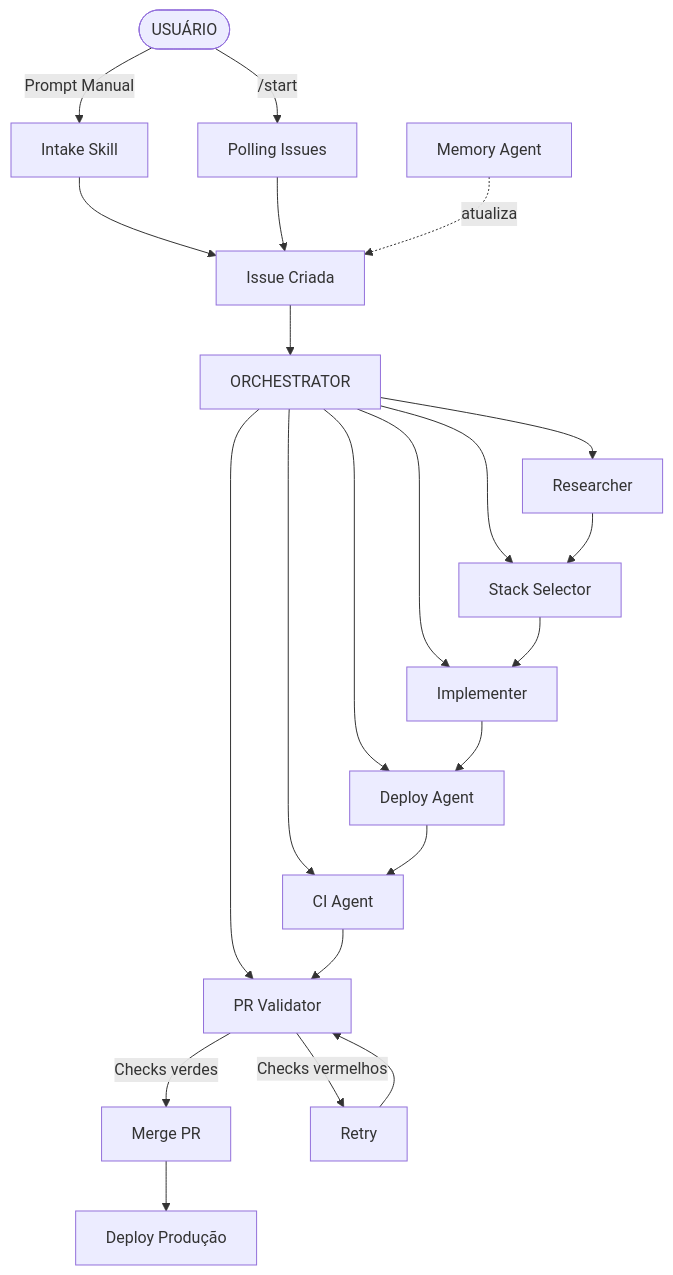
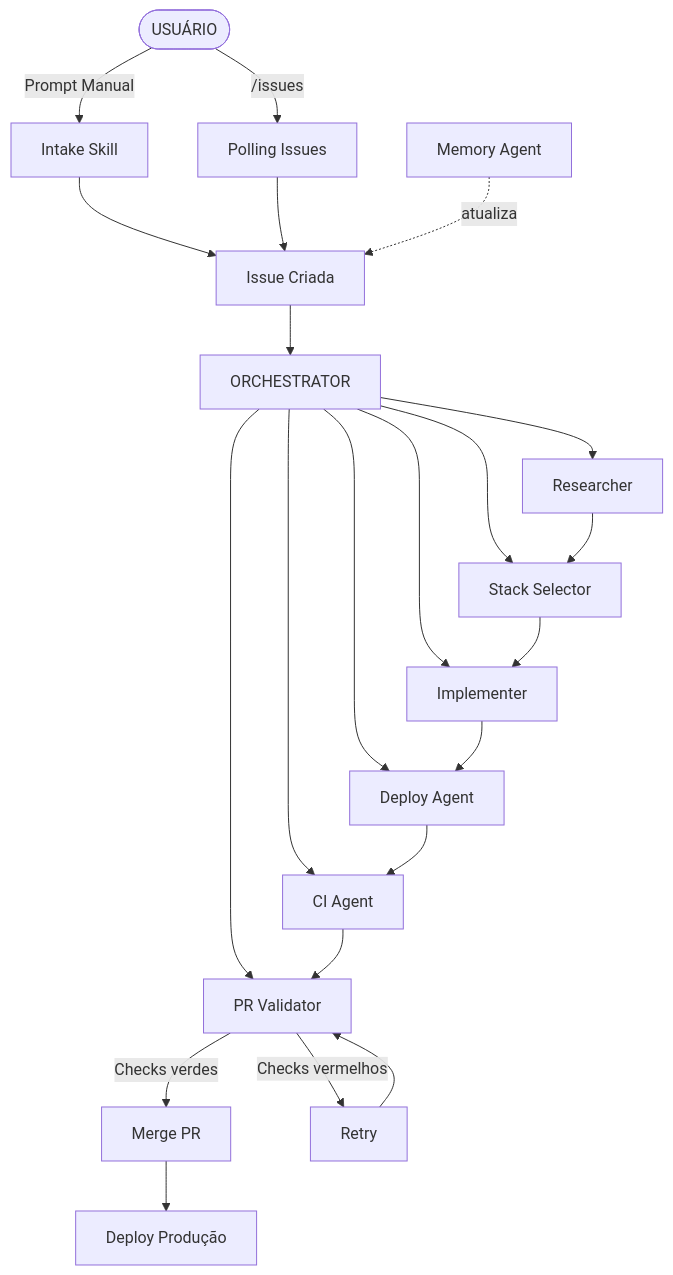
Before and after one commit to ronanrodrigo/memoteca: the diagram in AGENTS.md, drawn with Mermaid. The commit also changed other lines of this file and 10 other files, not shown here.

````diff
--- a/AGENTS.md
+++ b/AGENTS.md
@@ -88,21 +90,21 @@
 ```mermaid
 graph TB
     User([USUÁRIO])
     User -->|Prompt Manual| Intake[Intake Skill]
-    User -->|/start| Polling[Polling Issues]
+    User -->|/issues| Polling[Polling Issues]
     Intake --> Issue[Issue Criada]
     Polling --> Issue
     Issue --> Orch[ORCHESTRATOR]
     Orch --> Research[Researcher]
     Orch --> StackSel[Stack Selector]
     Orch --> Impl[Implementer]
     Orch --> Dep[Deploy Agent]
     Orch --> CI[CI Agent]
     Orch --> PR[PR Validator]
     Research --> StackSel --> Impl --> Dep --> CI --> PR
     PR -->|Checks verdes| Merge[Merge PR]
     PR -->|Checks vermelhos| Retry[Retry]
     Retry --> PR
     Merge --> Prod[Deploy Produção]
     Memory[Memory Agent] -.->|atualiza| Issue
 ```
````
